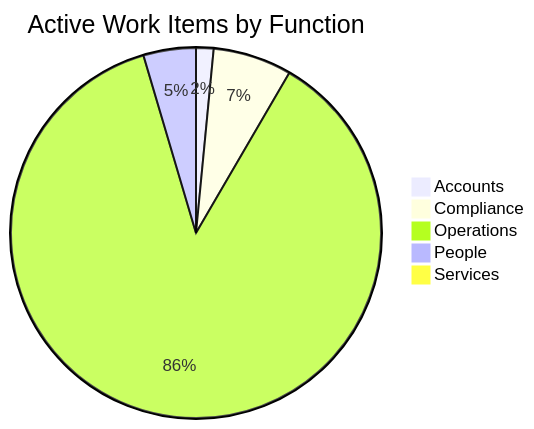
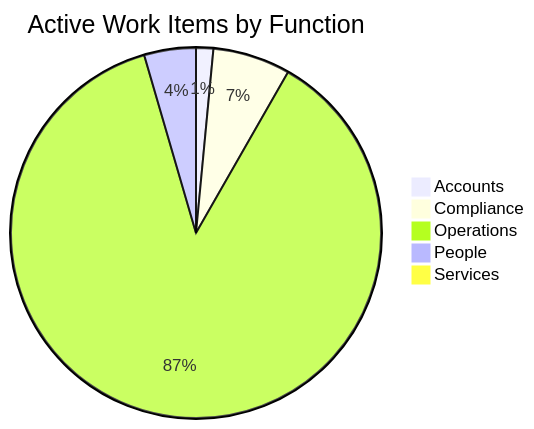
Before and after one commit to mgosal/5et.uk: the first of 3 diagrams in dashboard.md, drawn with Mermaid. The commit also changed other lines of this file and 6 other files, not shown here.

````diff
--- a/dashboard.md
+++ b/dashboard.md
@@ -130,8 +276,8 @@
 ```mermaid
 pie title Active Work Items by Function
     "Accounts" : 2
     "Compliance" : 9
-    "Operations" : 114
+    "Operations" : 116
     "People" : 6
     "Services" : 1
 ```
````
